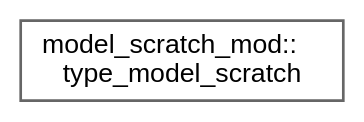
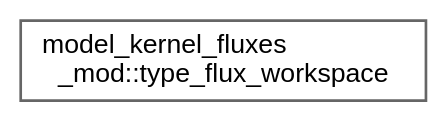
The diagram in release/v4.0-beta/inherit_graph_39.dot (mayhl/FUNWAVE-TVD), drawn with Graphviz before and after one commit. The commit also changed 177 other files, not shown here.

```diff
--- a/release/v4.0-beta/inherit_graph_39.dot
+++ b/release/v4.0-beta/inherit_graph_39.dot
@@ -1,9 +1,9 @@
 digraph "Graphical Class Hierarchy"
 {
  // LATEX_PDF_SIZE
   bgcolor="transparent";
   edge [fontname=Helvetica,fontsize=10,labelfontname=Helvetica,labelfontsize=10];
   node [fontname=Helvetica,fontsize=10,shape=box,height=0.2,width=0.4];
   rankdir="LR";
-  Node0 [id="Node000000",label="model_scratch_mod::\ltype_model_scratch",height=0.2,width=0.4,color="grey40", fillcolor="white", style="filled",URL="$structmodel__scratch__mod_1_1type__model__scratch.html",tooltip="Model-level scratch wrapper. Holds a field pool shaped to the local grid (local_nx + 2*N_GHOST,..."];
+  Node0 [id="Node000000",label="model_kernel_fluxes\l_mod::type_flux_workspace",height=0.2,width=0.4,color="grey40", fillcolor="white", style="filled",URL="$structmodel__kernel__fluxes__mod_1_1type__flux__workspace.html",tooltip=" "];
 }
```
